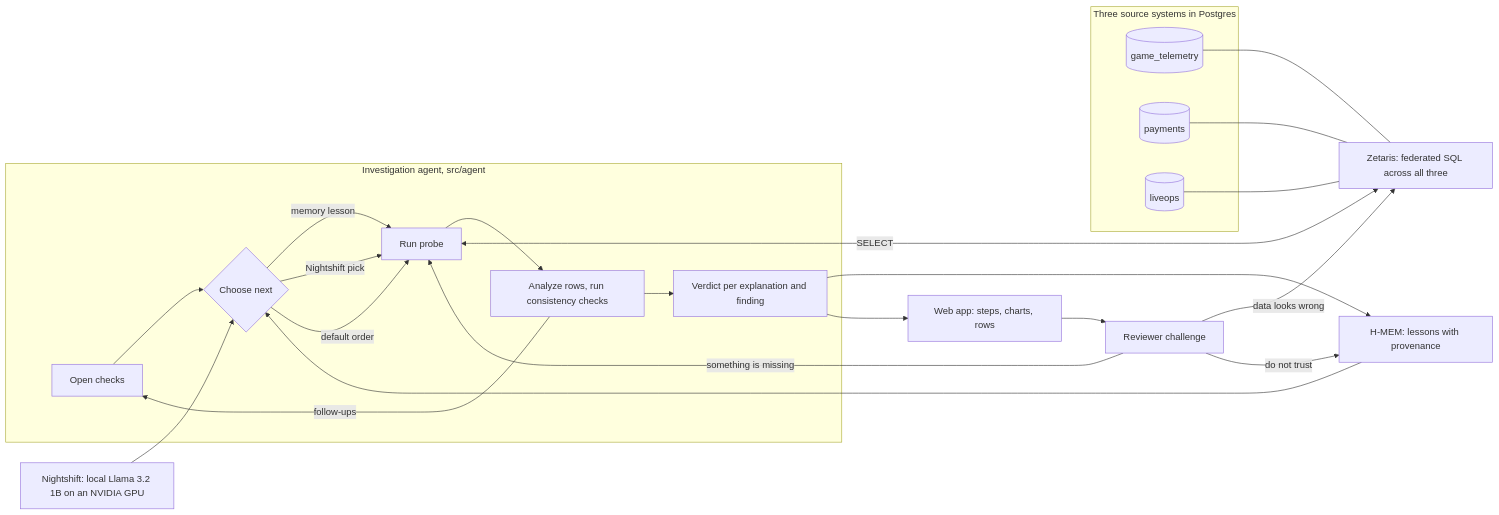
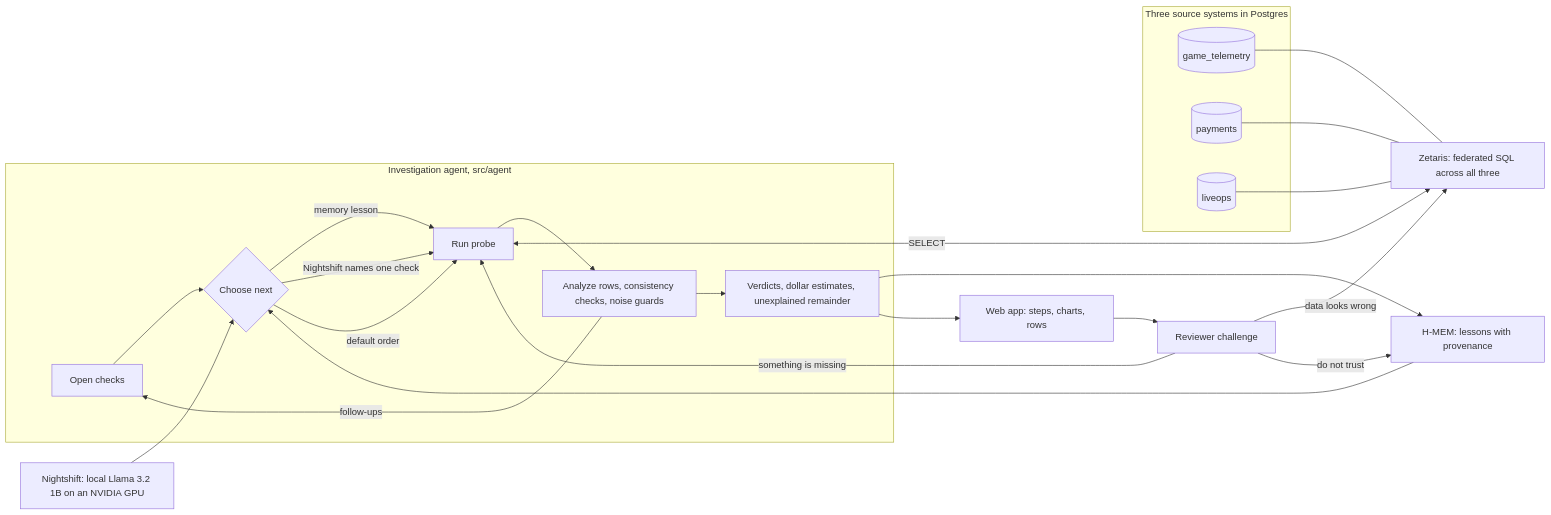
The diagram in README.md (suzyeth/liveops-investigator), drawn with Mermaid before and after one commit. The commit also changed other lines of this file and 7 other files, not shown here.

````diff
--- a/README.md
+++ b/README.md
@@ -41,30 +51,30 @@
 ```mermaid
 flowchart LR
   subgraph Sources[Three source systems in Postgres]
     G[(game_telemetry)]
     P[(payments)]
     L[(liveops)]
   end
   Z[Zetaris: federated SQL across all three]
   G --- Z
   P --- Z
   L --- Z
   subgraph Agent[Investigation agent, src/agent]
     O[Open checks] --> C{Choose next}
     C -->|memory lesson| R[Run probe]
-    C -->|Nightshift pick| R
+    C -->|Nightshift names one check| R
     C -->|default order| R
-    R --> A[Analyze rows, run consistency checks]
+    R --> A[Analyze rows, consistency checks, noise guards]
     A -->|follow-ups| O
-    A --> H[Verdict per explanation and finding]
+    A --> H[Verdicts, dollar estimates, unexplained remainder]
   end
   R <-->|SELECT| Z
   M[H-MEM: lessons with provenance] --> C
   H --> M
   N[Nightshift: local Llama 3.2 1B on an NVIDIA GPU] --> C
   H --> W[Web app: steps, charts, rows]
   W --> V[Reviewer challenge]
   V -->|data looks wrong| Z
   V -->|something is missing| R
   V -->|do not trust| M
 ```
````
